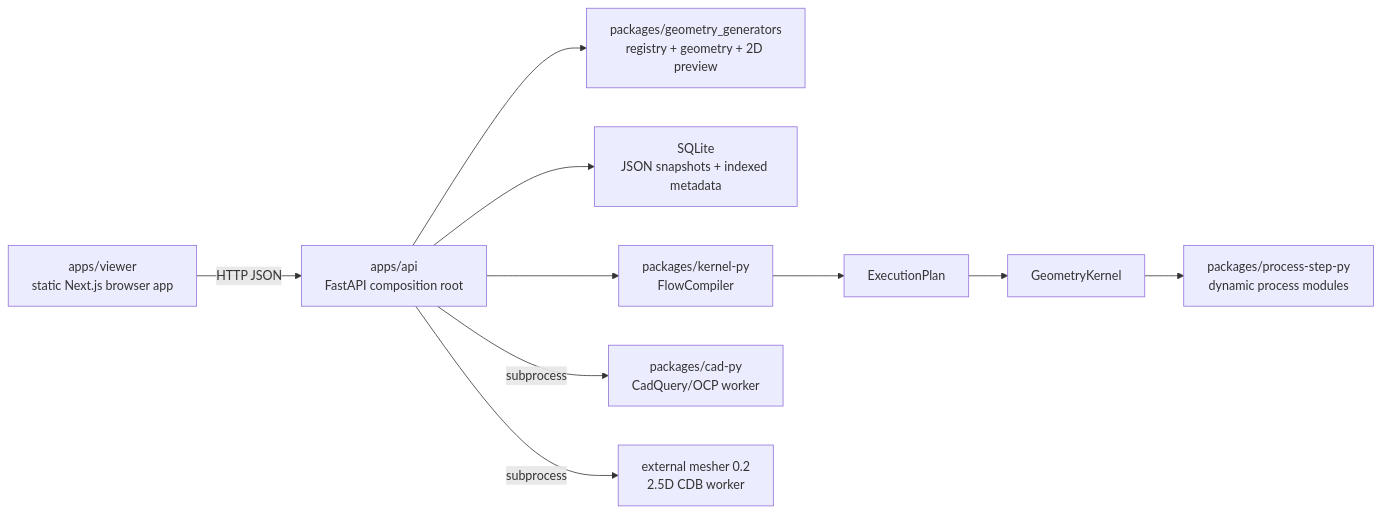
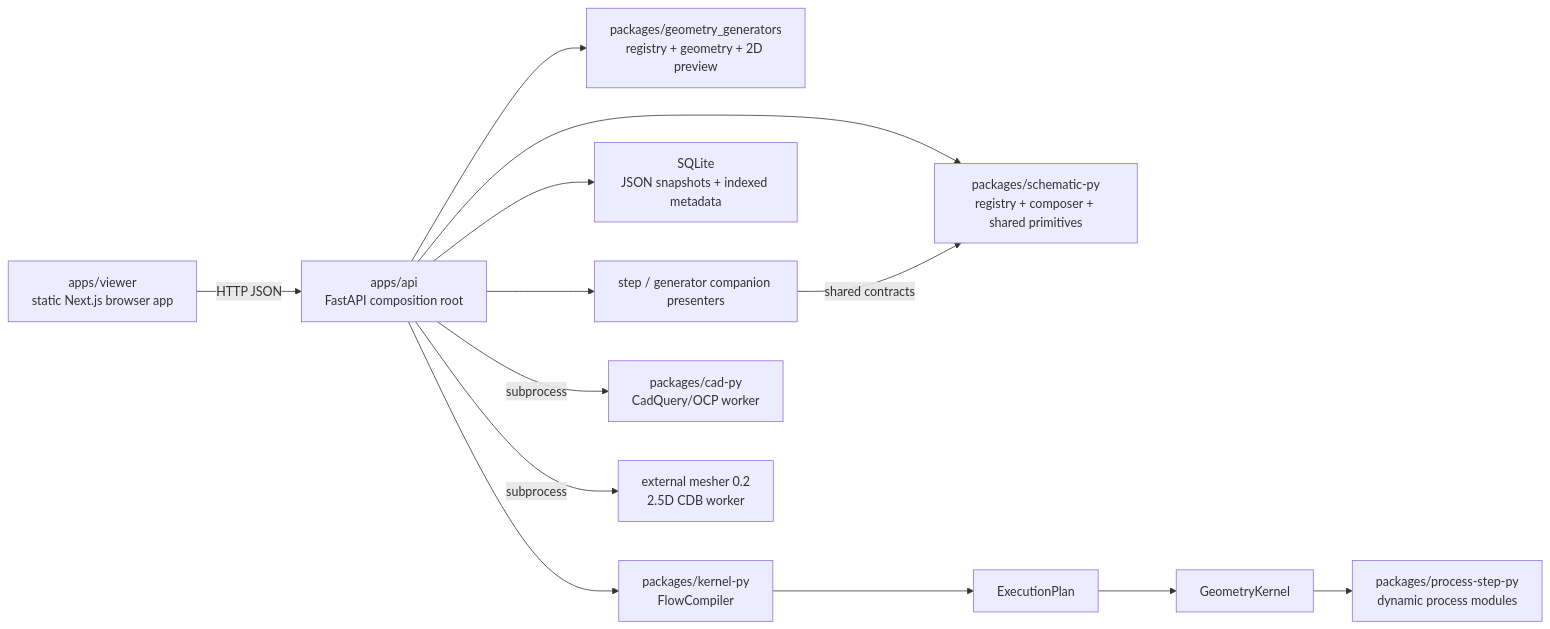
Before and after one commit to henry861010/process_flow_v2: the diagram in docs/architecture/system-overview.md, drawn with Mermaid. The commit also changed other lines of this file and 62 other files, not shown here.

````diff
--- a/docs/architecture/system-overview.md
+++ b/docs/architecture/system-overview.md
@@ -27,12 +27,15 @@
 ```mermaid
 flowchart LR
   Browser["apps/viewer\nstatic Next.js browser app"] -->|"HTTP JSON"| API["apps/api\nFastAPI composition root"]
   API --> Generators["packages/geometry_generators\nregistry + geometry + 2D preview"]
+  API --> Schematic["packages/schematic-py\nregistry + composer + shared primitives"]
+  API --> Presenters["step / generator companion presenters"]
+  Presenters -->|"shared contracts"| Schematic
   API --> Store["SQLite\nJSON snapshots + indexed metadata"]
   API --> Compiler["packages/kernel-py\nFlowCompiler"]
   Compiler --> Plan["ExecutionPlan"]
   Plan --> Kernel["GeometryKernel"]
   Kernel --> Steps["packages/process-step-py\ndynamic process modules"]
   API -->|"subprocess"| CAD["packages/cad-py\nCadQuery/OCP worker"]
   API -->|"subprocess"| Mesher["external mesher 0.2\n2.5D CDB worker"]
 ```
````
